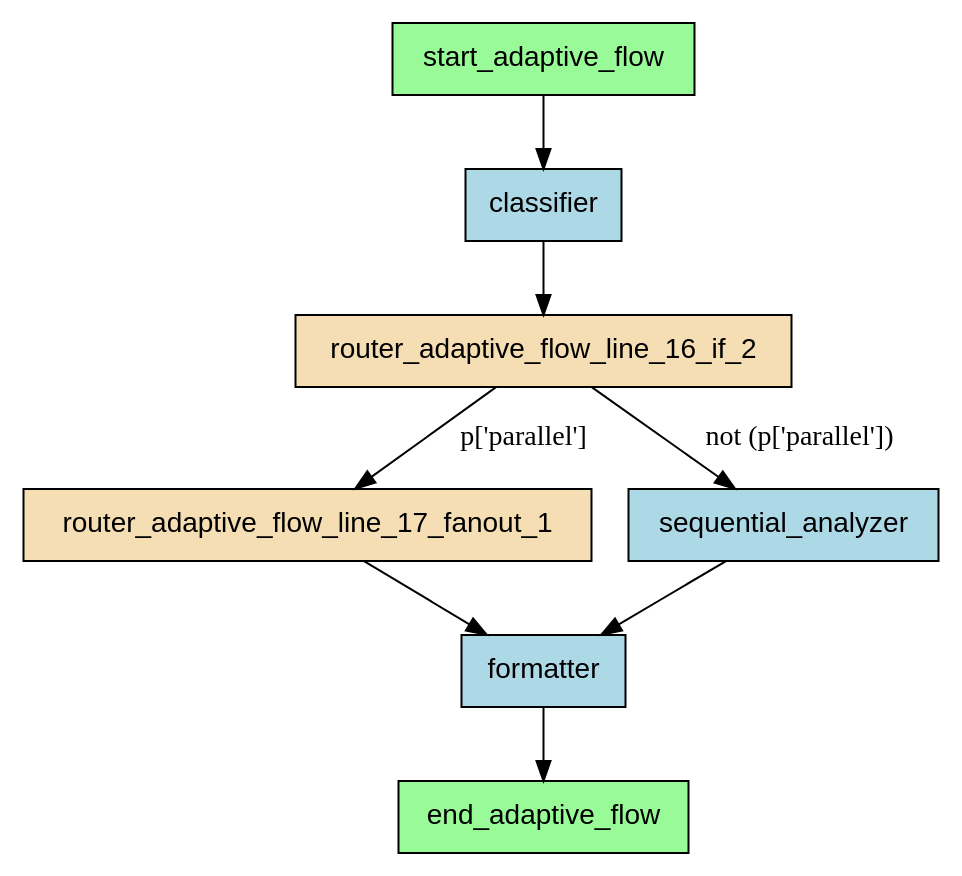
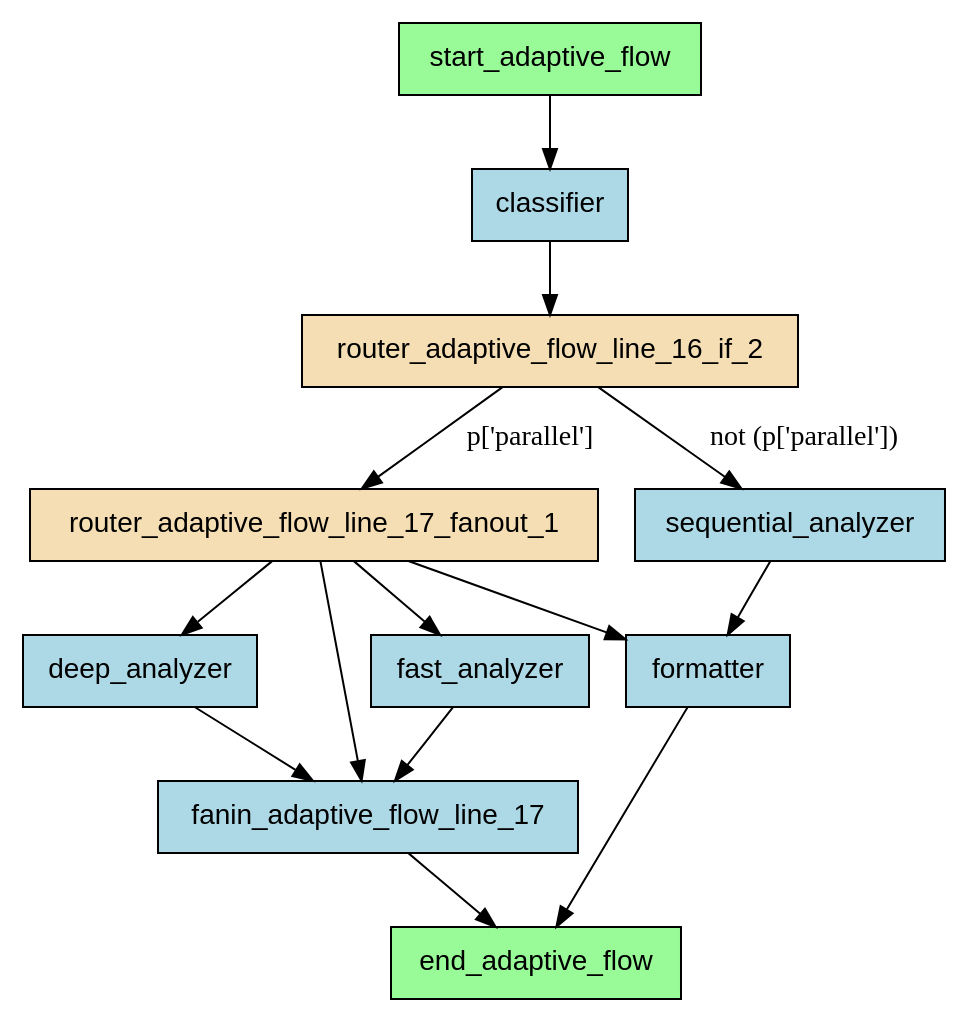
The diagram in examples/flows/compiled/fanout_conditional/flow.dot (deliveryhero/asya), drawn with Graphviz before and after one commit. The commit also changed 108 other files, not shown here.

First line of the commit message:
fix(analyzer): add fanout pattern support and resolve variable tracking

```diff
--- a/examples/flows/compiled/fanout_conditional/flow.dot
+++ b/examples/flows/compiled/fanout_conditional/flow.dot
@@ -1,20 +1,29 @@
 digraph "adaptive_flow" {
     rankdir=TB;
     node [shape=box, style=filled, fontname="Helvetica"];
 
     classifier [label="classifier", fillcolor=lightblue];
+    deep_analyzer [label="deep_analyzer", fillcolor=lightblue];
     end_adaptive_flow [label="end_adaptive_flow", fillcolor=palegreen];
+    fanin_adaptive_flow_line_17 [label="fanin_adaptive_flow_line_17", fillcolor=lightblue];
+    fast_analyzer [label="fast_analyzer", fillcolor=lightblue];
     formatter [label="formatter", fillcolor=lightblue];
     router_adaptive_flow_line_16_if_2 [label="router_adaptive_flow_line_16_if_2", fillcolor=wheat];
     router_adaptive_flow_line_17_fanout_1 [label="router_adaptive_flow_line_17_fanout_1", fillcolor=wheat];
     sequential_analyzer [label="sequential_analyzer", fillcolor=lightblue];
     start_adaptive_flow [label="start_adaptive_flow", fillcolor=palegreen];
 
     start_adaptive_flow -> classifier;
     classifier -> router_adaptive_flow_line_16_if_2;
+    router_adaptive_flow_line_17_fanout_1 -> fanin_adaptive_flow_line_17;
+    router_adaptive_flow_line_17_fanout_1 -> fast_analyzer;
+    fast_analyzer -> fanin_adaptive_flow_line_17;
+    router_adaptive_flow_line_17_fanout_1 -> deep_analyzer;
+    deep_analyzer -> fanin_adaptive_flow_line_17;
     router_adaptive_flow_line_16_if_2 -> router_adaptive_flow_line_17_fanout_1 [label="p['parallel']"];
     router_adaptive_flow_line_17_fanout_1 -> formatter;
     router_adaptive_flow_line_16_if_2 -> sequential_analyzer [label="not (p['parallel'])"];
     sequential_analyzer -> formatter;
+    fanin_adaptive_flow_line_17 -> end_adaptive_flow;
     formatter -> end_adaptive_flow;
 }
```
